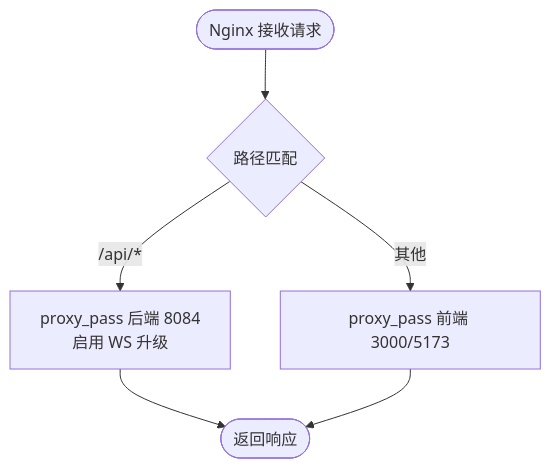
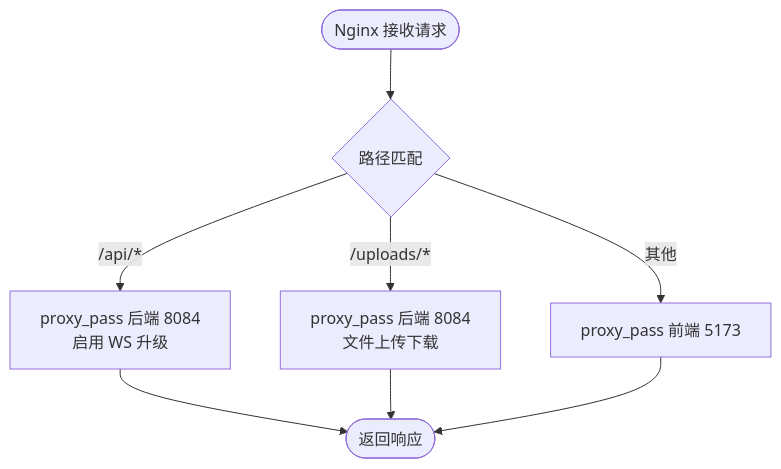
Before and after one commit to alvinwangzi/goodhr: the fourth of 8 diagrams in .qoder/repowiki/zh/content/部署指南/部署指南.md, drawn with Mermaid. The commit also changed other lines of this file and 91 other files, not shown here.

````diff
--- a/.qoder/repowiki/zh/content/部署指南/部署指南.md
+++ b/.qoder/repowiki/zh/content/部署指南/部署指南.md
@@ -137,8 +179,10 @@
 ```mermaid
 flowchart TD
 Start(["Nginx 接收请求"]) --> CheckPath{"路径匹配"}
 CheckPath --> |/api/*| ToBE["proxy_pass 后端 8084<br/>启用 WS 升级"]
-CheckPath --> |其他| ToFE["proxy_pass 前端 3000/5173"]
+CheckPath --> |/uploads/*| ToUploads["proxy_pass 后端 8084<br/>文件上传下载"]
+CheckPath --> |其他| ToFE["proxy_pass 前端 5173"]
 ToBE --> End(["返回响应"])
+ToUploads --> End
 ToFE --> End
 ```
````
